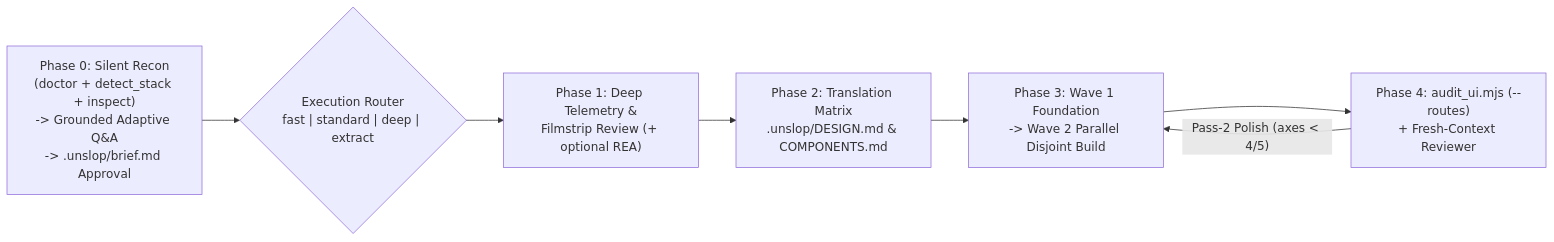
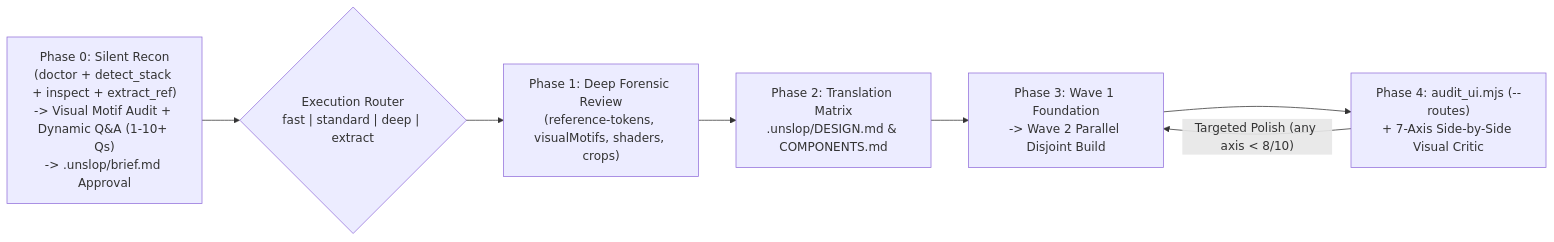
The diagram in README.md (Aaryan1524/UnslopAI), drawn with Mermaid before and after one commit. The commit also changed other lines of this file, not shown here.

Commit message:
docs(readme): refresh v1.4.0 architecture, presets, pipeline, and launch documentation

````diff
--- a/README.md
+++ b/README.md
@@ -104,9 +114,9 @@
 ```mermaid
 flowchart LR
-    P0["Phase 0: Silent Recon\n(doctor + detect_stack + inspect)\n-> Grounded Adaptive Q&A\n-> .unslop/brief.md Approval"] --> R{"Execution Router\nfast | standard | deep | extract"}
-    R --> P1["Phase 1: Deep Telemetry &\nFilmstrip Review (+ optional REA)"]
+    P0["Phase 0: Silent Recon\n(doctor + detect_stack + inspect + extract_ref)\n-> Visual Motif Audit + Dynamic Q&A (1-10+ Qs)\n-> .unslop/brief.md Approval"] --> R{"Execution Router\nfast | standard | deep | extract"}
+    R --> P1["Phase 1: Deep Forensic Review\n(reference-tokens, visualMotifs, shaders, crops)"]
     P1 --> P2["Phase 2: Translation Matrix\n.unslop/DESIGN.md & COMPONENTS.md"]
     P2 --> P3["Phase 3: Wave 1 Foundation\n-> Wave 2 Parallel Disjoint Build"]
-    P3 --> P4["Phase 4: audit_ui.mjs (--routes)\n+ Fresh-Context Reviewer"]
-    P4 -->|"Pass-2 Polish (axes < 4/5)"| P3
+    P3 --> P4["Phase 4: audit_ui.mjs (--routes)\n+ 7-Axis Side-by-Side Visual Critic"]
+    P4 -->|"Targeted Polish (any axis < 8/10)"| P3
 ```
````
